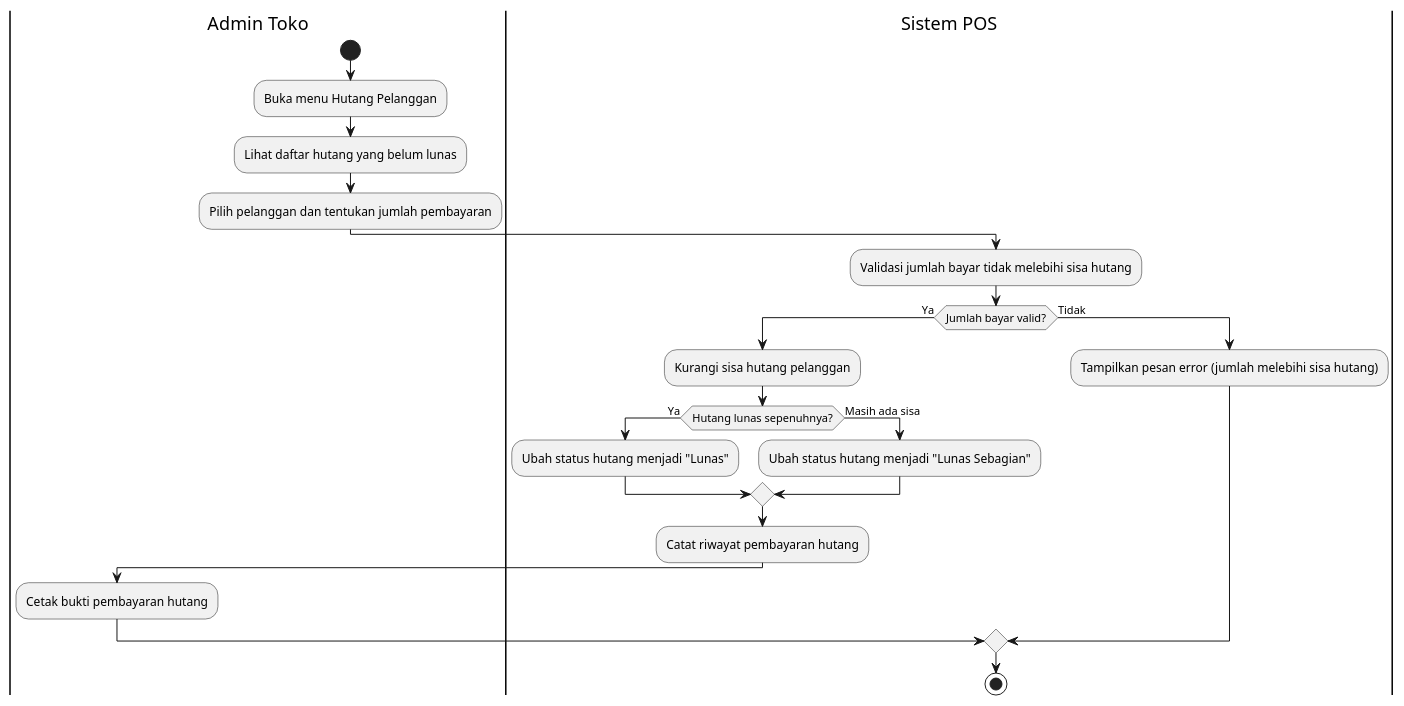
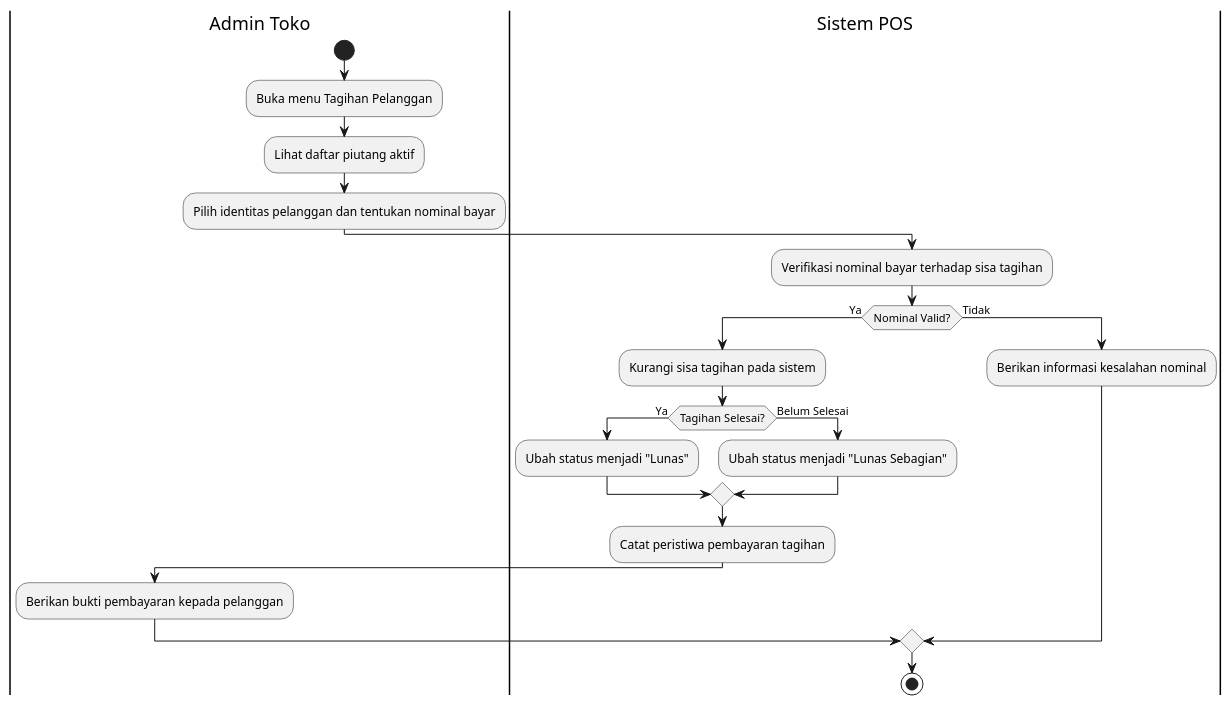
One commit to Aditiarzky/pos-app changed the diagram in docs/uml-activity-debt.puml. Above: the diagram before and after it, drawn with PlantUML. The commit also changed 21 other files, not shown here.

```diff
--- a/docs/uml-activity-debt.puml
+++ b/docs/uml-activity-debt.puml
@@ -1,25 +1,25 @@
 @startuml
 |Admin Toko|
 start
-:Buka menu Hutang Pelanggan;
-:Lihat daftar hutang yang belum lunas;
-:Pilih pelanggan dan tentukan jumlah pembayaran;
+:Buka menu Tagihan Pelanggan;
+:Lihat daftar piutang aktif;
+:Pilih identitas pelanggan dan tentukan nominal bayar;
 
 |Sistem POS|
-:Validasi jumlah bayar tidak melebihi sisa hutang;
-if (Jumlah bayar valid?) then (Ya)
-  :Kurangi sisa hutang pelanggan;
-  if (Hutang lunas sepenuhnya?) then (Ya)
-    :Ubah status hutang menjadi "Lunas";
-  else (Masih ada sisa)
-    :Ubah status hutang menjadi "Lunas Sebagian";
+:Verifikasi nominal bayar terhadap sisa tagihan;
+if (Nominal Valid?) then (Ya)
+  :Kurangi sisa tagihan pada sistem;
+  if (Tagihan Selesai?) then (Ya)
+    :Ubah status menjadi "Lunas";
+  else (Belum Selesai)
+    :Ubah status menjadi "Lunas Sebagian";
   endif
-  :Catat riwayat pembayaran hutang;
+  :Catat peristiwa pembayaran tagihan;
   |Admin Toko|
-  :Cetak bukti pembayaran hutang;
+  :Berikan bukti pembayaran kepada pelanggan;
 else (Tidak)
   |Sistem POS|
-  :Tampilkan pesan error (jumlah melebihi sisa hutang);
+  :Berikan informasi kesalahan nominal;
 endif
 stop
 @enduml
```
